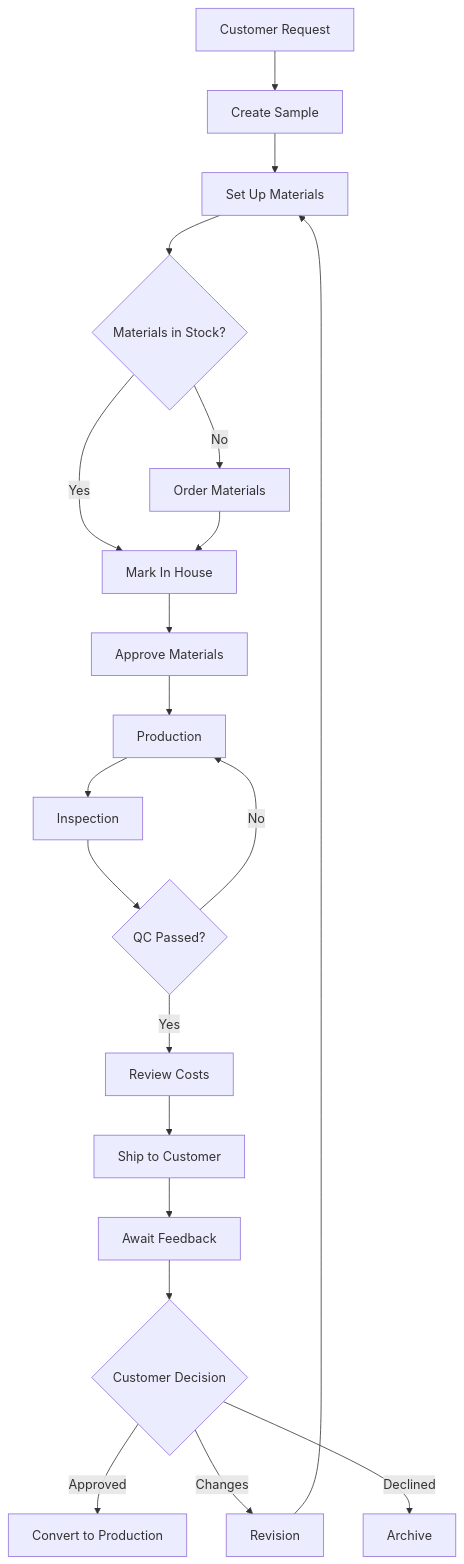
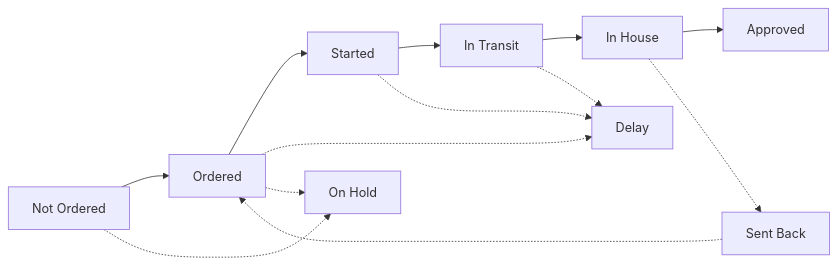
Before and after one commit to StrafeZ/macleather-docs: the diagram in samples/complete-workflow.mdx, drawn with Mermaid. The commit also changed other lines of this file, not shown here.

````diff
--- a/samples/complete-workflow.mdx
+++ b/samples/complete-workflow.mdx
@@ -19,22 +209,18 @@
 ```mermaid
-flowchart TD
-    A[Customer Request] --> B[Create Sample]
-    B --> C[Set Up Materials]
-    C --> D{Materials in Stock?}
-    D -->|Yes| F[Mark In House]
-    D -->|No| E[Order Materials]
-    E --> F
-    F --> G[Approve Materials]
-    G --> H[Production]
-    H --> I[Inspection]
-    I --> J{QC Passed?}
-    J -->|No| H
-    J -->|Yes| K[Review Costs]
-    K --> L[Ship to Customer]
-    L --> M[Await Feedback]
-    M --> N{Customer Decision}
-    N -->|Approved| O[Convert to Production]
-    N -->|Changes| P[Revision]
-    N -->|Declined| Q[Archive]
-    P --> C
+flowchart LR
+    A[Not Ordered] --> B[Ordered]
+    B --> C[Started]
+    C --> D[In Transit]
+    D --> E[In House]
+    E --> F[Approved]
+
+    B -.-> G[Delay]
+    C -.-> G
+    D -.-> G
+
+    E -.-> H[Sent Back]
+    H -.-> B
+
+    A -.-> I[On Hold]
+    B -.-> I
 ```
````
